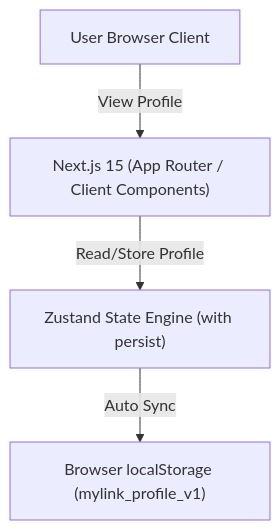
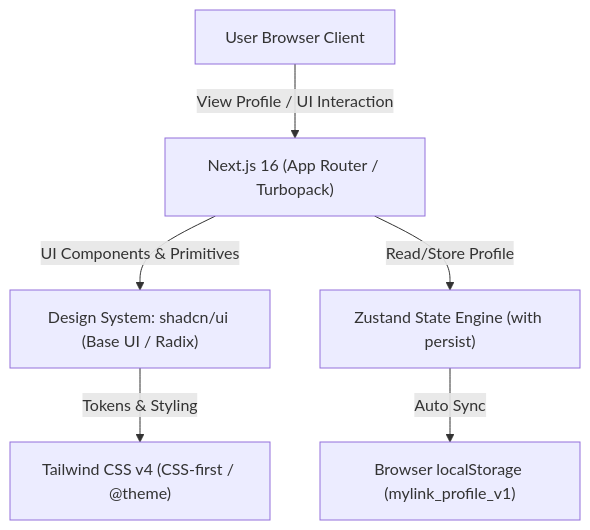
The first of 2 diagrams in docs/PRD.md (kelly2-2/my-link), drawn with Mermaid before and after one commit. The commit also changed other lines of this file and 22 other files, not shown here.

````diff
--- a/docs/PRD.md
+++ b/docs/PRD.md
@@ -72,11 +72,15 @@
 ```mermaid
 flowchart TD
     Client["User Browser Client"]
-    NextJS["Next.js 15 (App Router / Client Components)"]
+    NextJS["Next.js 16 (App Router / Turbopack)"]
+    ShadcnUI["Design System: shadcn/ui (Base UI / Radix)"]
+    Tailwind["Tailwind CSS v4 (CSS-first / @theme)"]
     ZustandStore["Zustand State Engine (with persist)"]
     LocalStorage["Browser localStorage (mylink_profile_v1)"]
 
-    Client -->|View Profile| NextJS
+    Client -->|View Profile / UI Interaction| NextJS
+    NextJS -->|UI Components & Primitives| ShadcnUI
+    ShadcnUI -->|Tokens & Styling| Tailwind
     NextJS -->|Read/Store Profile| ZustandStore
     ZustandStore -->|Auto Sync| LocalStorage
 ```
````
